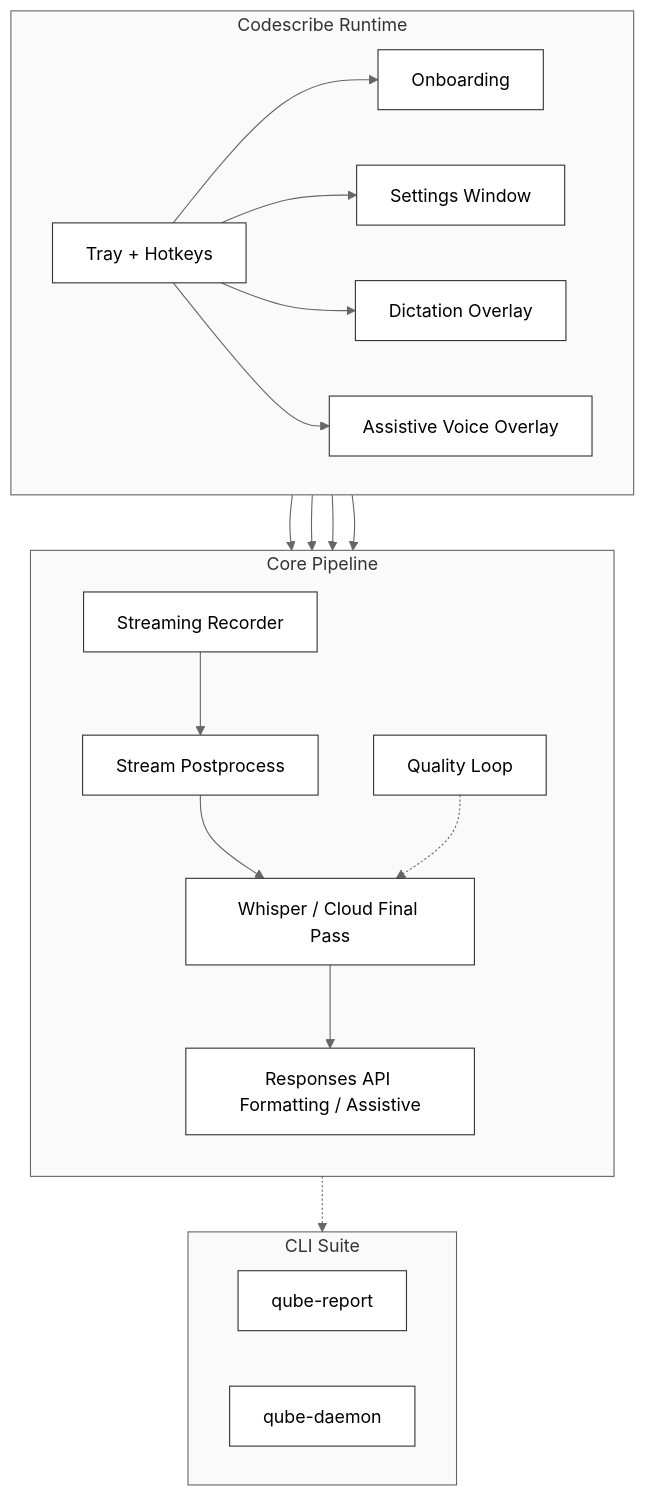
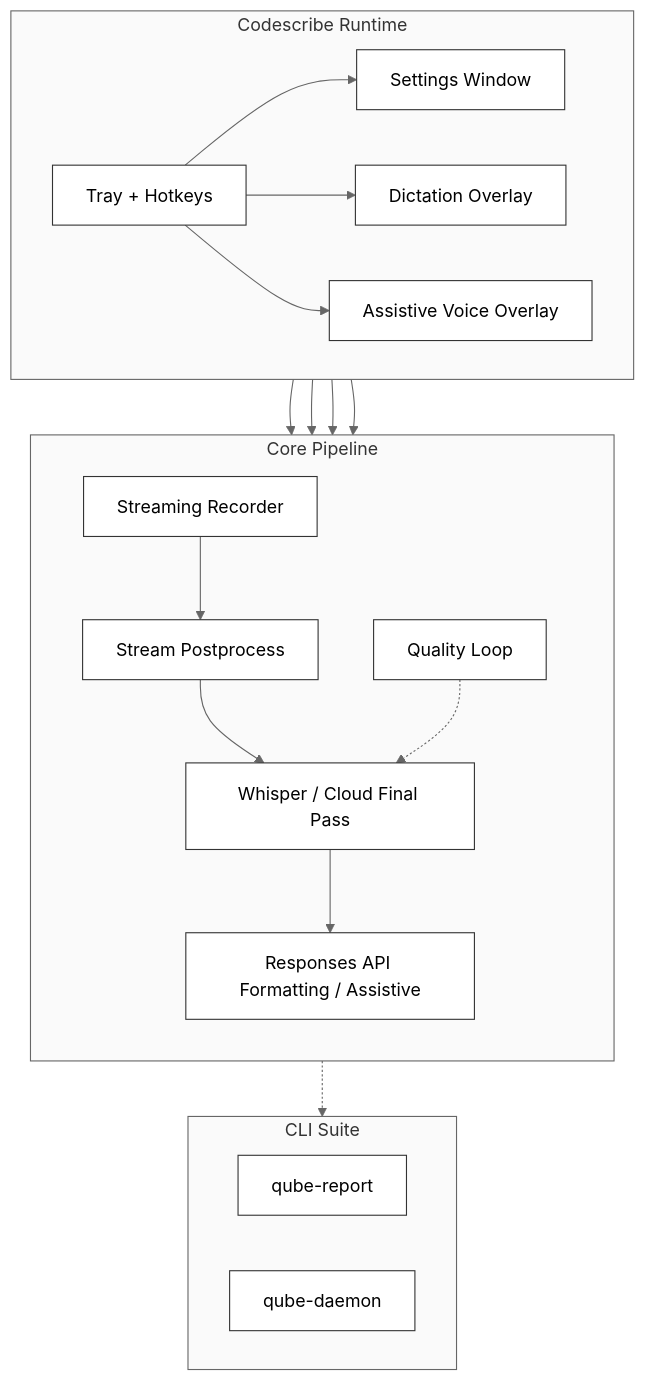
Before and after one commit to vetcoders/codescribe: the first of 2 diagrams in README.md, drawn with Mermaid (neutral theme). The commit also changed other lines of this file and 261 other files, not shown here.

````diff
--- a/README.md
+++ b/README.md
@@ -20,43 +20,41 @@
 ```mermaid
 flowchart TB
     classDef default fill:#fff,stroke:#333,stroke-width:1px;
     classDef box fill:#fafafa,stroke:#666,stroke-width:1px,stroke-dasharray: 0;
 
     subgraph APP[Codescribe Runtime]
         direction LR
         TRAY[Tray + Hotkeys]
-        ONB[Onboarding]
         SET[Settings Window]
         OVL[Dictation Overlay]
         CHAT[Assistive Voice Overlay]
     end
 
     subgraph CORE[Core Pipeline]
         direction TB
         REC[Streaming Recorder]
         POST[Stream Postprocess]
         STT[Whisper / Cloud Final Pass]
         LLM[Responses API Formatting / Assistive]
         QL[Quality Loop]
     end
 
     subgraph TOOLS[CLI Suite]
         QCLI[qube-report]
         LCLI[qube-daemon]
     end
 
-    TRAY --> ONB
     TRAY --> SET
     TRAY --> OVL
     TRAY --> CHAT
     TRAY --> CORE
     SET --> CORE
     OVL --> CORE
     CHAT --> CORE
     REC --> POST --> STT
     STT --> LLM
     QL -.-> STT
     CORE -.-> TOOLS
 
     class APP,CORE,TOOLS box
 ```
````
